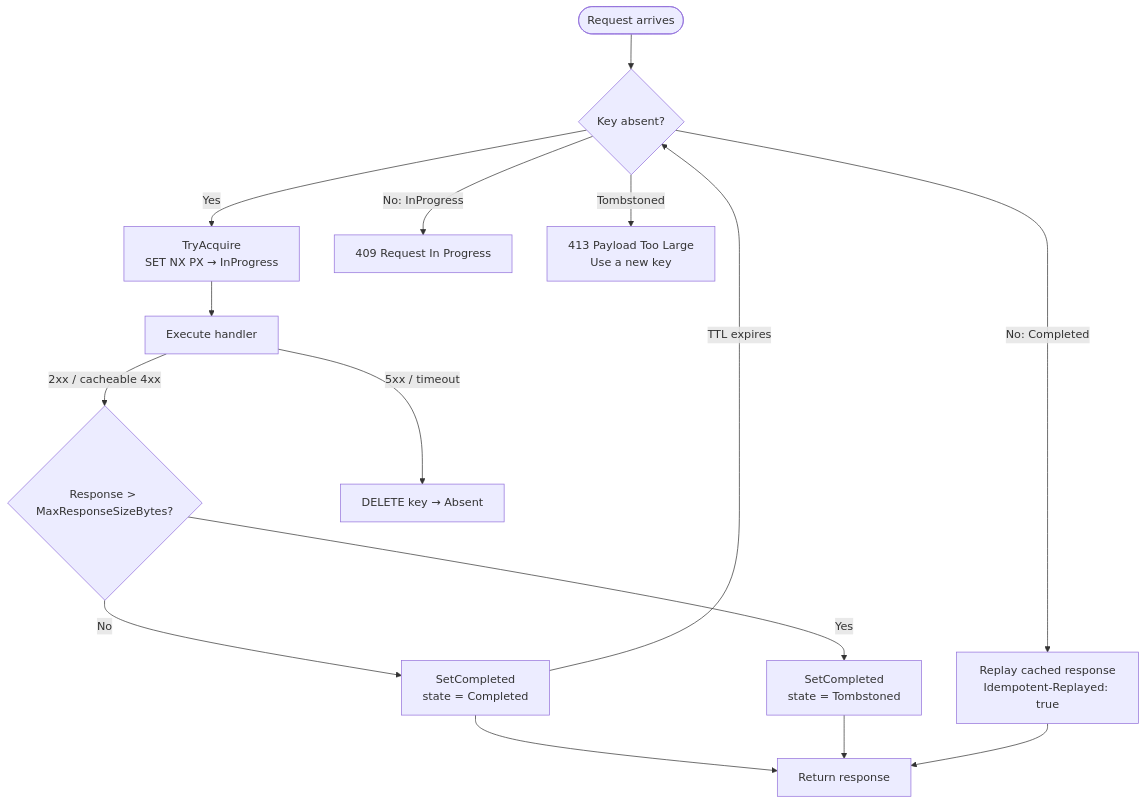
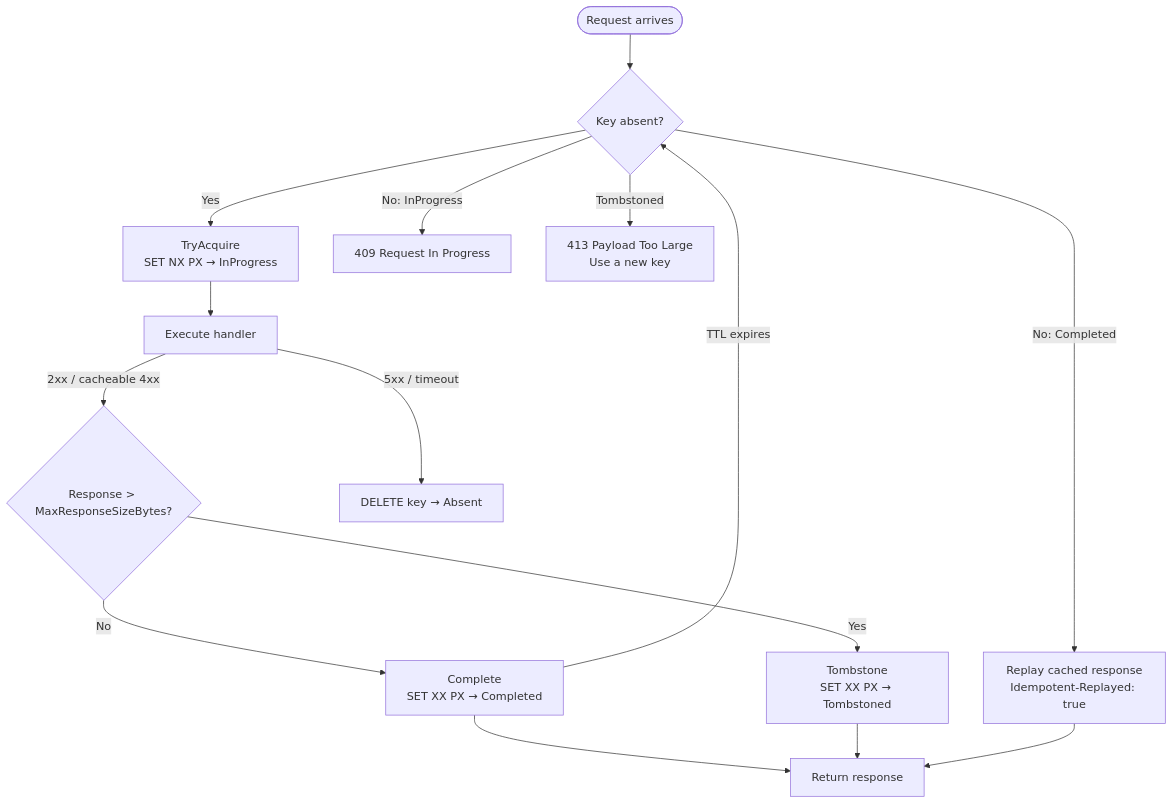
The diagram in src/content/docs/dotnet/api/idempotency.mdx (granit-fx/granit-docs), drawn with Mermaid before and after one commit. The commit also changed other lines of this file and 18 other files, not shown here.

````diff
--- a/src/content/docs/dotnet/api/idempotency.mdx
+++ b/src/content/docs/dotnet/api/idempotency.mdx
@@ -87,17 +159,17 @@
 ```mermaid
 flowchart TD
     START([Request arrives]) --> ABSENT{Key absent?}
     ABSENT -- Yes --> ACQUIRE[TryAcquire\nSET NX PX → InProgress]
     ABSENT -- No: InProgress --> CONFLICT[409 Request In Progress]
     ABSENT -- No: Completed --> REPLAY[Replay cached response\nIdempotent-Replayed: true]
     ACQUIRE --> EXECUTE[Execute handler]
     EXECUTE -- 2xx / cacheable 4xx --> SIZE{Response &gt; MaxResponseSizeBytes?}
     EXECUTE -- 5xx / timeout --> RELEASE[DELETE key → Absent]
-    SIZE -- Yes --> TOMB[SetCompleted\nstate = Tombstoned]
-    SIZE -- No --> COMPLETE[SetCompleted\nstate = Completed]
+    SIZE -- Yes --> TOMB[Tombstone\nSET XX PX → Tombstoned]
+    SIZE -- No --> COMPLETE[Complete\nSET XX PX → Completed]
     COMPLETE --> RESPONSE[Return response]
     TOMB --> RESPONSE
     REPLAY --> RESPONSE
     ABSENT -- Tombstoned --> R413[413 Payload Too Large\nUse a new key]
     COMPLETE -- TTL expires --> ABSENT
 ```
````
